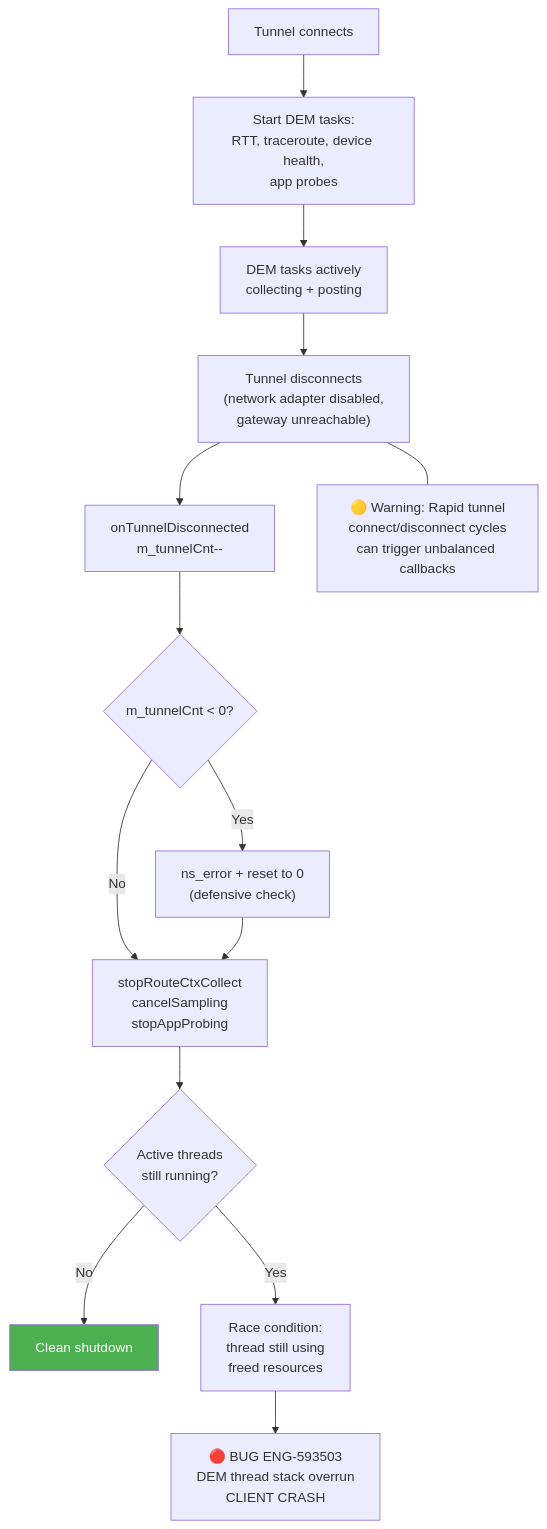
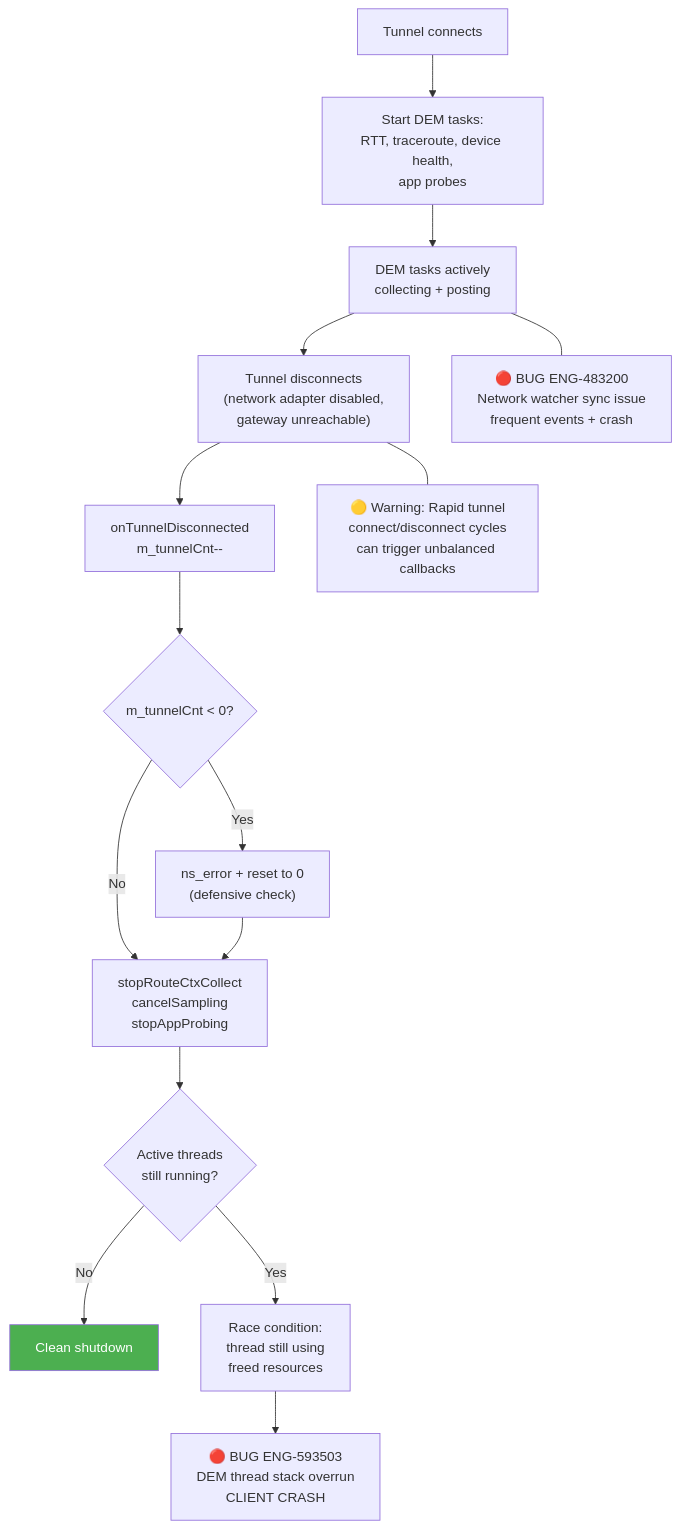
Before and after one commit to ns-klin/endpoint_system_test_plan: the tenth of 14 diagrams in chapters/16_dem.md, drawn with Mermaid. The commit also changed other lines of this file and 26 other files, not shown here.

First line of the commit message:
Add 87 bugs from Excel enrichment and integrate into mermaid diagrams

````diff
--- a/chapters/16_dem.md
+++ b/chapters/16_dem.md
@@ -467,25 +527,29 @@
 ```mermaid
 flowchart TD
     CONNECT["Tunnel connects"] --> START_DEM["Start DEM tasks:<br/>RTT, traceroute, device health,<br/>app probes"]
     START_DEM --> ACTIVE["DEM tasks actively<br/>collecting + posting"]
     ACTIVE --> DISCONNECT["Tunnel disconnects<br/>(network adapter disabled,<br/>gateway unreachable)"]
 
     DISCONNECT --> STOP_DEM["onTunnelDisconnected<br/>m_tunnelCnt--"]
     STOP_DEM --> CNT_CHK{m_tunnelCnt < 0?}
     CNT_CHK -->|Yes| RESET["ns_error + reset to 0<br/>(defensive check)"]
     CNT_CHK -->|No| STOP_TASKS["stopRouteCtxCollect<br/>cancelSampling<br/>stopAppProbing"]
 
     STOP_TASKS --> THREAD_CHK{Active threads<br/>still running?}
     THREAD_CHK -->|No| CLEAN["Clean shutdown"]
     THREAD_CHK -->|Yes| RACE["Race condition:<br/>thread still using<br/>freed resources"]
 
     RACE --> BUG_593503["🔴 BUG ENG-593503<br/>DEM thread stack overrun<br/>CLIENT CRASH"]
 
     RESET --> STOP_TASKS
 
+    BUG_483200W["🔴 BUG ENG-483200<br/>Network watcher sync issue<br/>frequent events + crash"]
+
+    ACTIVE --- BUG_483200W
+
     RISK_RAPID["🟡 Warning: Rapid tunnel<br/>connect/disconnect cycles<br/>can trigger unbalanced callbacks"]
 
     DISCONNECT --- RISK_RAPID
 
     style CLEAN fill:#4CAF50,color:#fff
 ```
````
